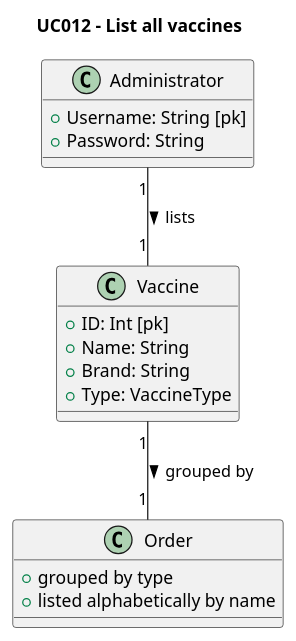
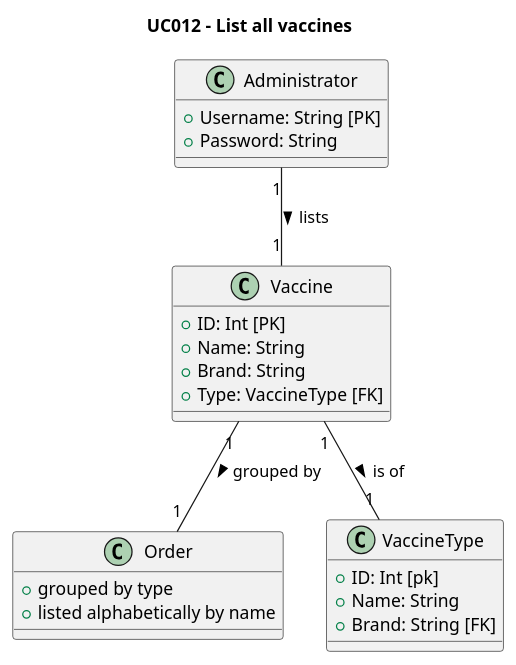
Before and after one commit to rafaafig/SnsTrab: the diagram in sns-base/doc/global/use-cases/UC012/uc-UCD012-DM.puml, drawn with PlantUML. The commit also changed 6 other files, not shown here.

```diff
--- a/sns-base/doc/global/use-cases/UC012/uc-UCD012-DM.puml
+++ b/sns-base/doc/global/use-cases/UC012/uc-UCD012-DM.puml
@@ -1,28 +1,34 @@
 @startuml
 'skinparam monochrome true
 'skinparam shadowing false
 
 title UC012 - List all vaccines
 
 class Administrator {
-    +Username: String [pk]
+    +Username: String [PK]
     +Password: String
 }
 
 class Vaccine {
-    +ID: Int [pk]
+    +ID: Int [PK]
     +Name: String
     +Brand: String
-    +Type: VaccineType
+    +Type: VaccineType [FK]
 }
 
 class Order {
     +  grouped by type
     +  listed alphabetically by name
 }
 
+class VaccineType {
+     +ID: Int [pk]
+     +Name: String
+     +Brand: String [FK]
+}
+
 ' Relationships
 Administrator "1" -- "1" Vaccine : lists >
 Vaccine "1" -- "1" Order : grouped by >
-
+Vaccine "1" -- "1" VaccineType : is of >
 @enduml
```
